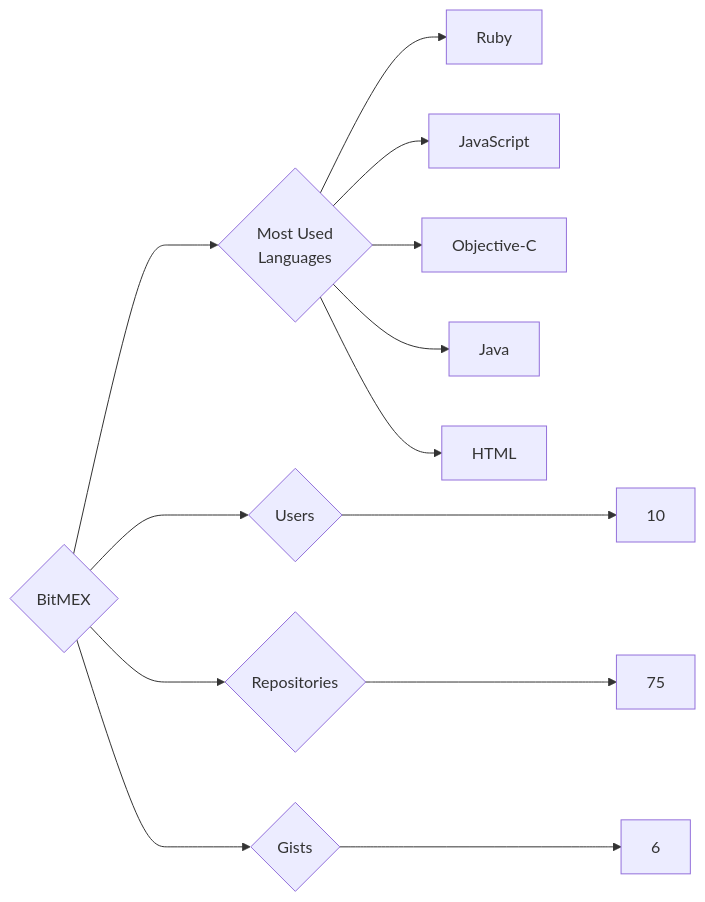
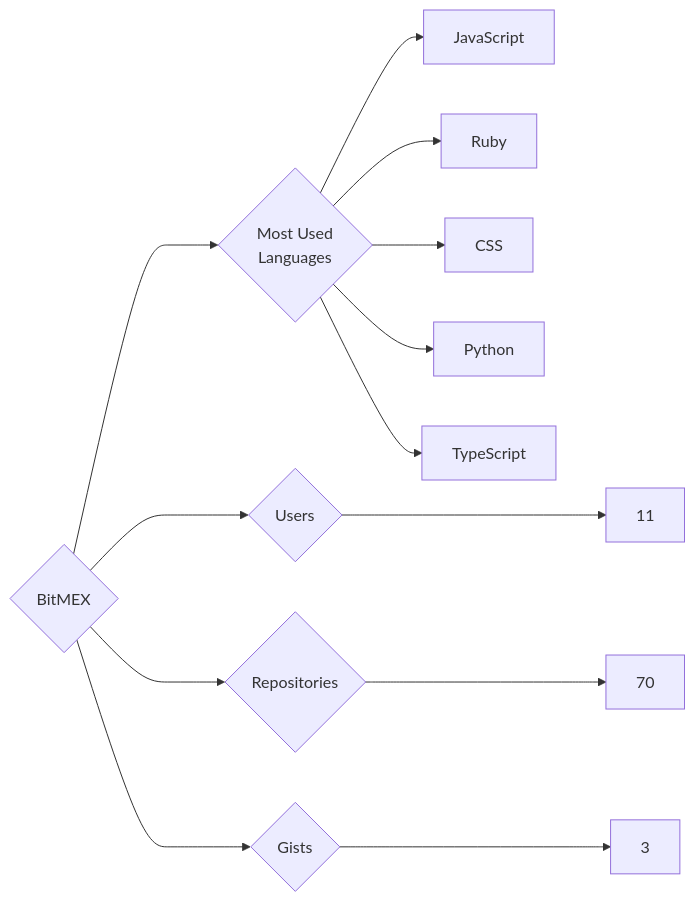
The diagram in targets/BitMEX/README.md (trickest/insiders), drawn with Mermaid before and after one commit. The commit also changed 932 other files, not shown here.

````diff
--- a/targets/BitMEX/README.md
+++ b/targets/BitMEX/README.md
@@ -3,13 +3,13 @@
 ```mermaid
 graph LR
 COMPANY_NAME{BitMEX}
-COMPANY_NAME ---> U{Users} ---> UN[10]
-COMPANY_NAME ---> R{Repositories} ---> RN[75]
-COMPANY_NAME ---> G{Gists} ---> GN[6]
+COMPANY_NAME ---> U{Users} ---> UN[11]
+COMPANY_NAME ---> R{Repositories} ---> RN[70]
+COMPANY_NAME ---> G{Gists} ---> GN[3]
 COMPANY_NAME ---> ML{Most Used<br>Languages}
+ML --> JavaScript[JavaScript]
 ML --> Ruby[Ruby]
-ML --> JavaScript[JavaScript]
-ML --> Objective-C[Objective-C]
-ML --> Java[Java]
-ML --> HTML[HTML]
+ML --> CSS[CSS]
+ML --> Python[Python]
+ML --> TypeScript[TypeScript]
 ```
````
